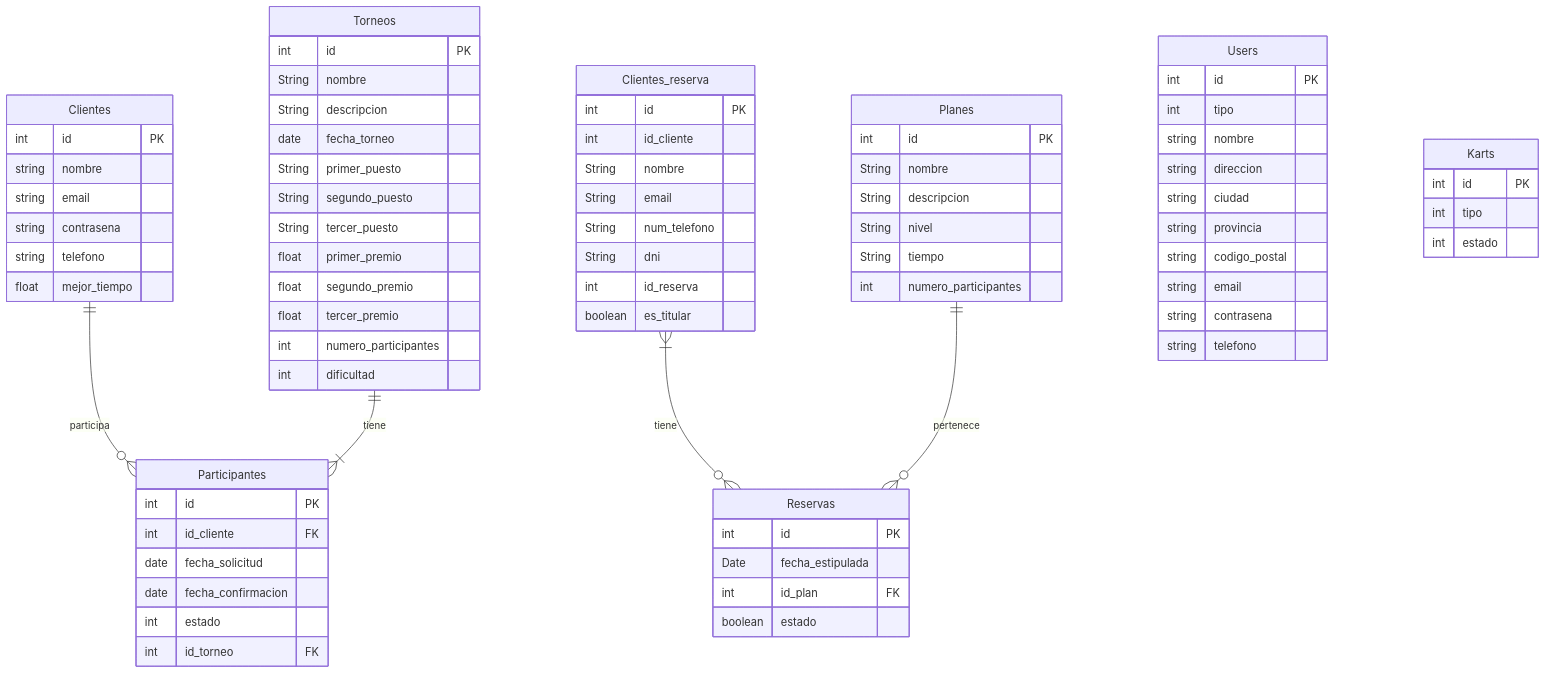
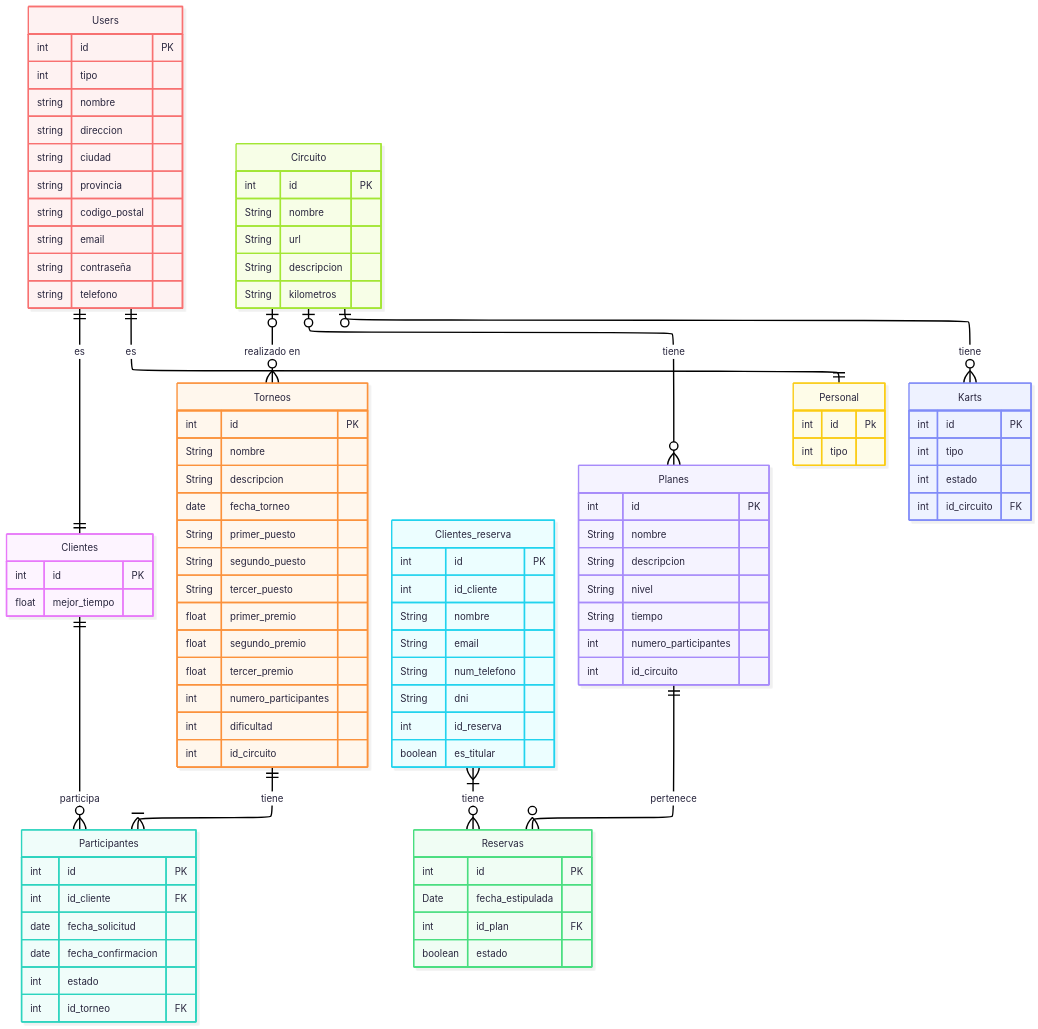
One commit to jglgap/kartmania changed the diagram in doc/templates/3_deseño.md. Above: the diagram before and after it, drawn with Mermaid.

Commit message:
Update 'ER' 16/04/2026

````diff
--- a/doc/templates/3_deseño.md
+++ b/doc/templates/3_deseño.md
@@ -7,91 +7,111 @@
 ```mermaid
+---
+config:
+  theme: redux-color
+  look: neo
+  layout: elk
+---
 erDiagram
+	direction TB
+	Clientes {
+		int id PK   
+		float mejor_tiempo    
+	}
 
+	Participantes {
+		int id PK   
+		int id_cliente FK   
+		date fecha_solicitud    
+		date fecha_confirmacion    
+		int estado    
+		int id_torneo FK   
+	}
 
+	Torneos {
+		int id PK   
+		String nombre    
+		String descripcion    
+		date fecha_torneo    
+		String primer_puesto    
+		String segundo_puesto    
+		String tercer_puesto    
+		float primer_premio    
+		float segundo_premio    
+		float tercer_premio    
+		int numero_participantes    
+		int dificultad
+                int id_circuito 
+	}
 
+	Clientes_reserva {
+		int id PK   
+		int id_cliente   
+		String nombre   
+		String email   
+		String num_telefono   
+		String dni   
+		int id_reserva   
+		boolean es_titular   
+	}
 
-Clientes ||--o{ Participantes : participa
-Torneos ||--|{ Participantes : tiene
-Clientes_reserva }|--o{ Reservas : tiene
-Planes ||--o{Reservas : pertenece
+	Reservas {
+		int id PK  
+		Date fecha_estipulada   
+		int id_plan FK  
+		boolean estado   
+	}
 
+	Planes {
+		int id PK   
+		String nombre    
+		String descripcion    
+		String nivel    
+		String tiempo    
+		int numero_participantes
+                int id_circuito  
+  
+	}
 
-Users { 
-        int id PK
-        int tipo
-        string nombre
-        string direccion
-        string ciudad
-        string provincia
-        string codigo_postal
-        string email
-        string contrasena
-        string telefono
-}
+	Users {
+		int id PK  
+		int tipo   
+		string nombre   
+		string direccion   
+		string ciudad   
+		string provincia   
+		string codigo_postal   
+		string email   
+		string contraseña   
+		string telefono   
+	}
 
-Clientes {
-        int id PK
-        string nombre
-        string email
-        string contrasena
-        string telefono
-        float mejor_tiempo
-}
-Karts {
-        int id PK
-        int tipo
-        int estado
-}
+	Personal {
+		int id Pk   
+		int tipo   
+	}
 
-Participantes {
-        int id PK
-        int id_cliente FK
-        date fecha_solicitud
-        date fecha_confirmacion
-        int estado
-        int id_torneo FK
-}
+	Karts {
+		int id PK   
+		int tipo    
+		int estado
+                int id_circuito FK    
+	}
 
-Torneos {
-        int id PK
-        String nombre
-        String descripcion
-        date fecha_torneo
-        String primer_puesto
-        String segundo_puesto
-        String tercer_puesto
-        float primer_premio
-        float segundo_premio
-        float tercer_premio
-        int numero_participantes
-        int dificultad
-}
+        Circuito { 
+                int id PK
+                String nombre
+                String url
+                String descripcion
+                String kilometros
+        }
+        Circuito o|--o{ Planes : "tiene"
+        Circuito o|--o{Torneos : "realizado en"
+        Circuito o|--o{ Karts : "tiene"
+	Clientes||--o{Participantes:"participa"
+	Torneos||--|{Participantes:"tiene"
+	Clientes_reserva}|--o{Reservas:"tiene"
+	Planes||--o{Reservas:"pertenece"
+	Users||--||Personal:"es"
+	Users||--||Clientes:"es"
 
-Planes {
-        int id PK
-        String nombre
-        String descripcion
-        String nivel
-        String tiempo
-        int numero_participantes
-}
-
-Clientes_reserva {
-        int id PK
-        int id_cliente 
-        String nombre
-        String email
-        String num_telefono
-        String dni
-        int id_reserva
-        boolean es_titular
-}
-
-Reservas {
-    int id PK
-    Date fecha_estipulada
-    int id_plan FK
-    
-    boolean estado
-}
 ```
````
